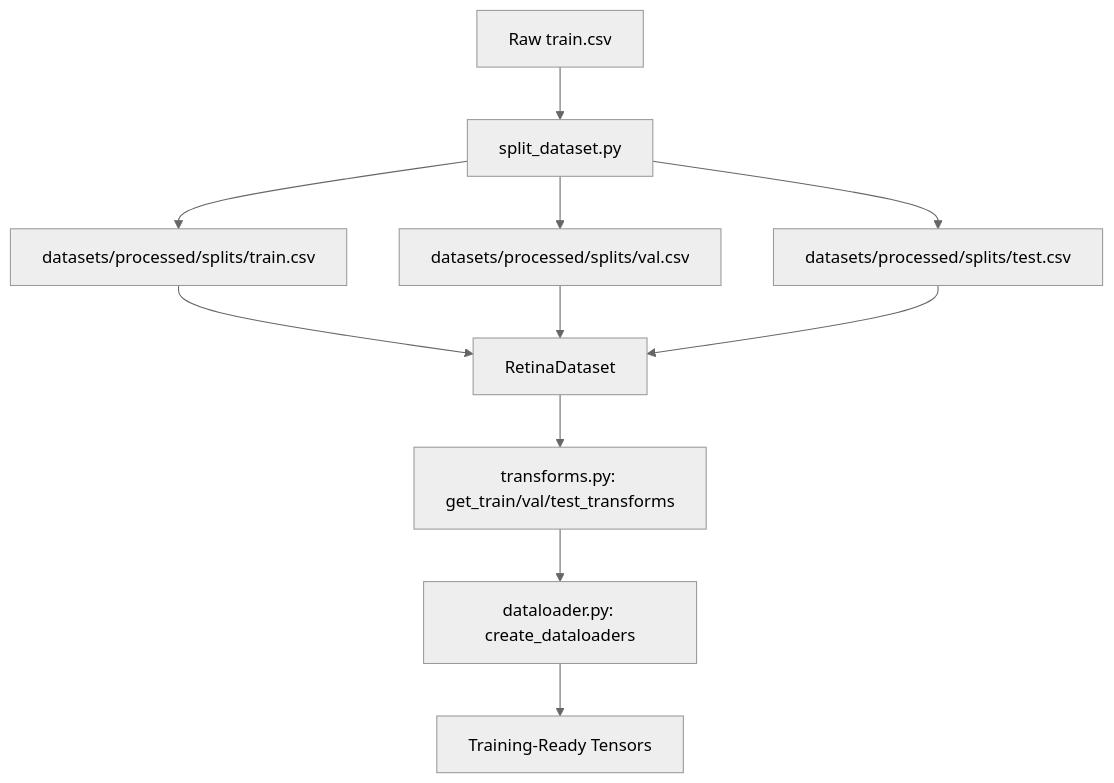
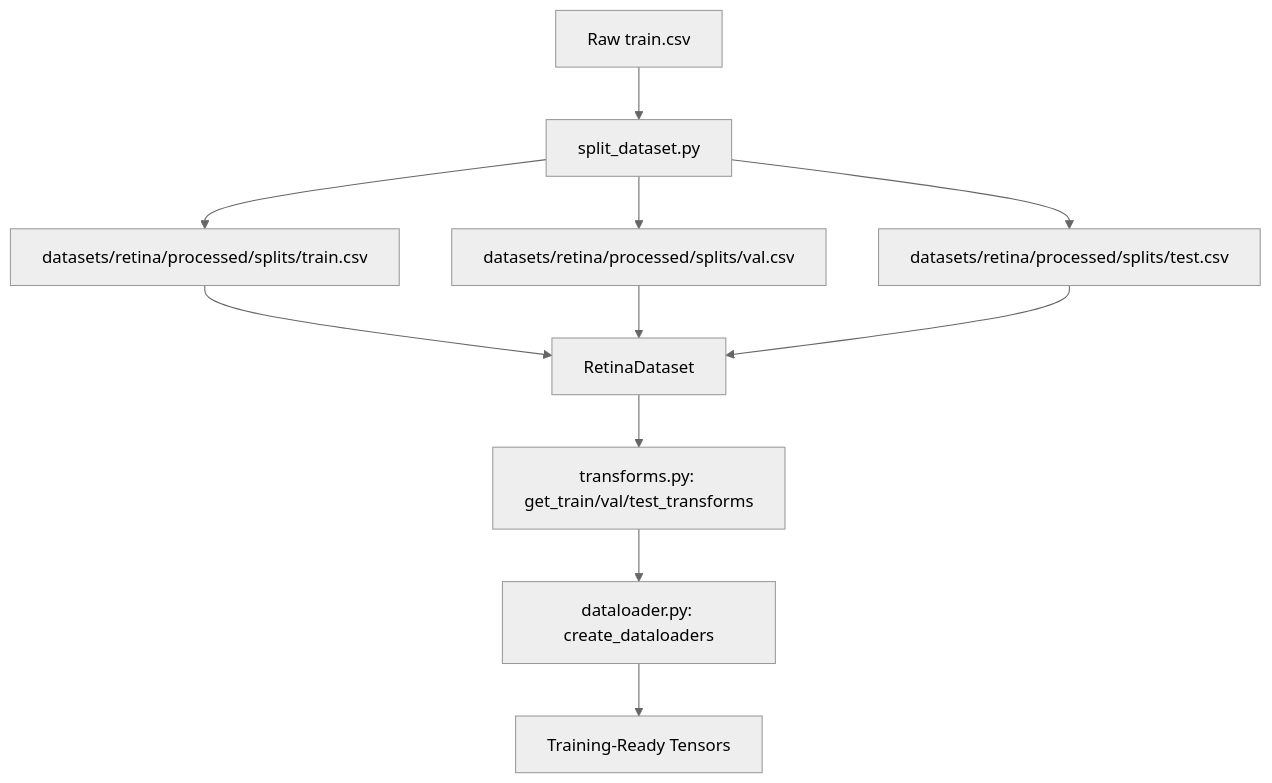
Before and after one commit to Dr-Venom29/FusionMedAI: the diagram in research/retina/Volume_02_Data_Pipeline/01_Introduction.md, drawn with Mermaid (neutral theme). The commit also changed 172 other files, not shown here.

````diff
--- a/research/retina/Volume_02_Data_Pipeline/01_Introduction.md
+++ b/research/retina/Volume_02_Data_Pipeline/01_Introduction.md
@@ -20,13 +20,13 @@
 ```mermaid
 graph TD
     A[Raw train.csv] --> B[split_dataset.py]
-    B --> C[datasets/processed/splits/train.csv]
-    B --> D[datasets/processed/splits/val.csv]
-    B --> E[datasets/processed/splits/test.csv]
+    B --> C[datasets/retina/processed/splits/train.csv]
+    B --> D[datasets/retina/processed/splits/val.csv]
+    B --> E[datasets/retina/processed/splits/test.csv]
     C --> F[RetinaDataset]
     D --> F
     E --> F
     F --> G[transforms.py: get_train/val/test_transforms]
     G --> H[dataloader.py: create_dataloaders]
     H --> I[Training-Ready Tensors]
 ```
````
